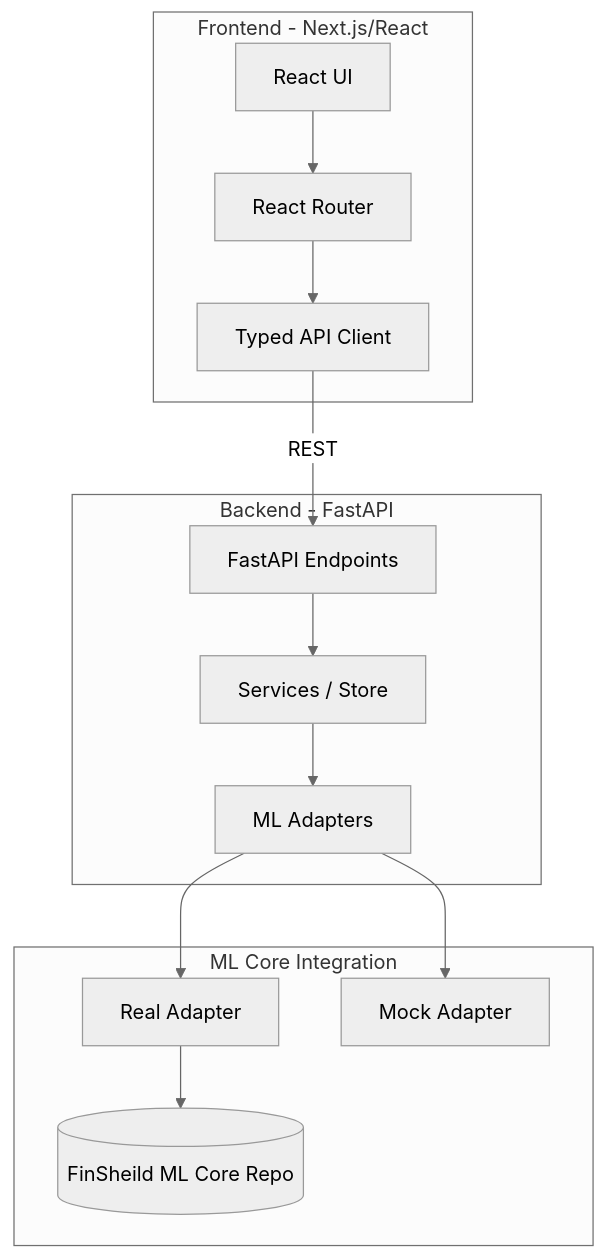
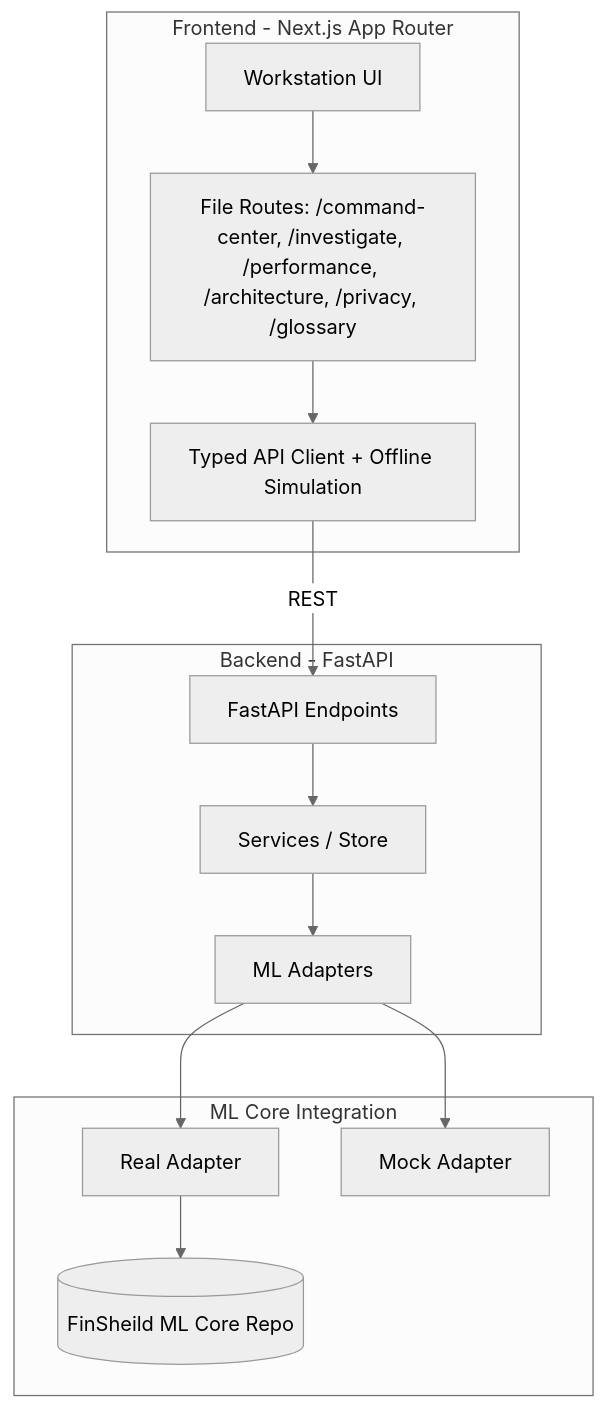
The diagram in docs/app.md (riddhibantia/Finsheild), drawn with Mermaid (neutral theme) before and after one commit. The commit also changed 1 other file, not shown here.

Commit message:
Docs: app architecture diagram in root README, Next.js refs everywhere

````diff
--- a/docs/app.md
+++ b/docs/app.md
@@ -28,28 +28,28 @@
 ```mermaid
 graph TD
-    subgraph Frontend [Frontend - Next.js/React]
-        UI[React UI]
-        Router[React Router]
-        APIClient[Typed API Client]
+    subgraph Frontend [Frontend - Next.js App Router]
+        UI[Workstation UI]
+        Router[File Routes: /command-center, /investigate, /performance, /architecture, /privacy, /glossary]
+        APIClient[Typed API Client + Offline Simulation]
         UI --> Router
         Router --> APIClient
     end
 
     subgraph Backend [Backend - FastAPI]
         API[FastAPI Endpoints]
         Services[Services / Store]
         Adapters[ML Adapters]
         APIClient -- REST --> API
         API --> Services
         Services --> Adapters
     end
 
     subgraph Core [ML Core Integration]
         Real[Real Adapter]
         Mock[Mock Adapter]
         MLCore[(FinSheild ML Core Repo)]
         Adapters --> Real
         Adapters --> Mock
         Real --> MLCore
     end
 ```
````
